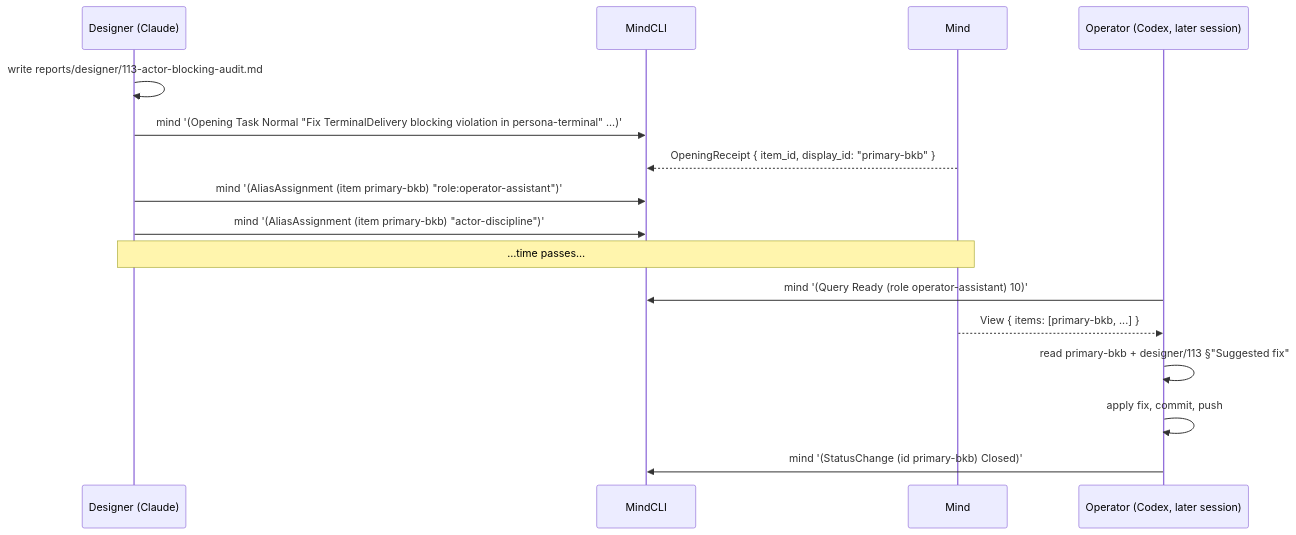
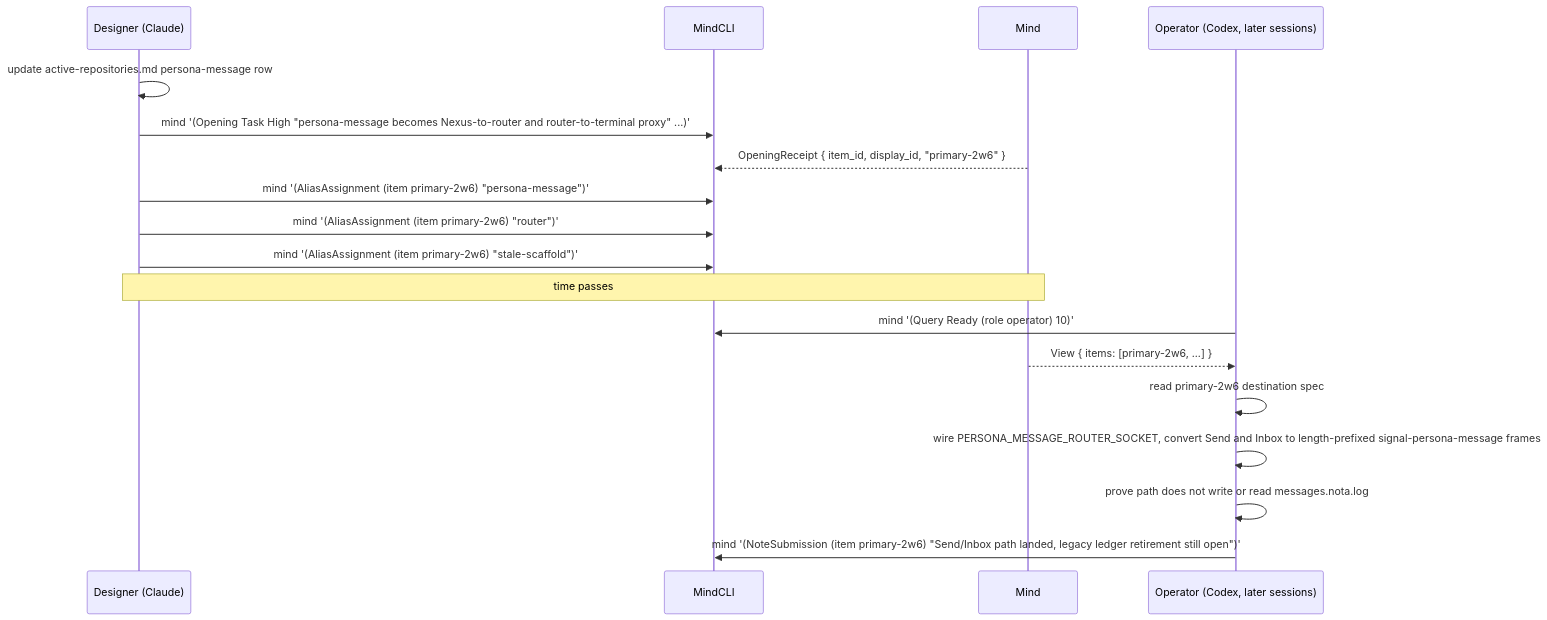
One commit to LiGoldragon/primary changed diagram 15 of 18 in reports/designer/114-persona-vision-as-of-2026-05-11.md. Above: the diagram before and after it, drawn with Mermaid. The commit also changed other lines of this file, not shown here.

````diff
--- a/reports/designer/114-persona-vision-as-of-2026-05-11.md
+++ b/reports/designer/114-persona-vision-as-of-2026-05-11.md
@@ -944,22 +958,24 @@
 ```mermaid
 sequenceDiagram
     participant Design as Designer (Claude)
     participant MindCLI
     participant Mind
-    participant Op as Operator (Codex, later session)
+    participant Op as Operator (Codex, later sessions)
 
-    Design->>Design: write reports/designer/113-actor-blocking-audit.md
-    Design->>MindCLI: mind '(Opening Task Normal "Fix TerminalDelivery blocking violation in persona-terminal" ...)'
-    Mind-->>MindCLI: OpeningReceipt { item_id, display_id: "primary-bkb" }
+    Design->>Design: update active-repositories.md persona-message row
+    Design->>MindCLI: mind '(Opening Task High "persona-message becomes Nexus-to-router and router-to-terminal proxy" ...)'
+    Mind-->>MindCLI: OpeningReceipt { item_id, display_id, "primary-2w6" }
 
-    Design->>MindCLI: mind '(AliasAssignment (item primary-bkb) "role:operator-assistant")'
-    Design->>MindCLI: mind '(AliasAssignment (item primary-bkb) "actor-discipline")'
+    Design->>MindCLI: mind '(AliasAssignment (item primary-2w6) "persona-message")'
+    Design->>MindCLI: mind '(AliasAssignment (item primary-2w6) "router")'
+    Design->>MindCLI: mind '(AliasAssignment (item primary-2w6) "stale-scaffold")'
 
-    Note over Design,Mind: …time passes…
+    Note over Design,Mind: time passes
 
-    Op->>MindCLI: mind '(Query Ready (role operator-assistant) 10)'
-    Mind-->>Op: View { items: [primary-bkb, ...] }
-    Op->>Op: read primary-bkb + designer/113 §"Suggested fix"
-    Op->>Op: apply fix, commit, push
-    Op->>MindCLI: mind '(StatusChange (id primary-bkb) Closed)'
+    Op->>MindCLI: mind '(Query Ready (role operator) 10)'
+    Mind-->>Op: View { items: [primary-2w6, ...] }
+    Op->>Op: read primary-2w6 destination spec
+    Op->>Op: wire PERSONA_MESSAGE_ROUTER_SOCKET, convert Send and Inbox to length-prefixed signal-persona-message frames
+    Op->>Op: prove path does not write or read messages.nota.log
+    Op->>MindCLI: mind '(NoteSubmission (item primary-2w6) "Send/Inbox path landed, legacy ledger retirement still open")'
 ```
````
